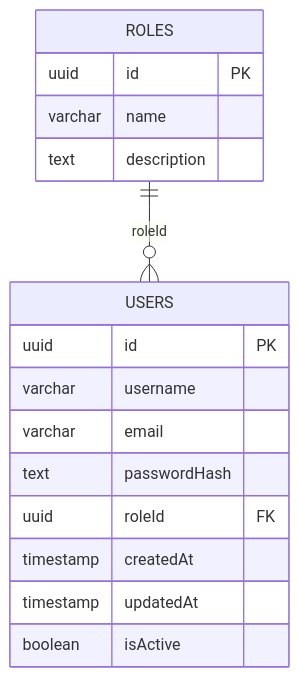
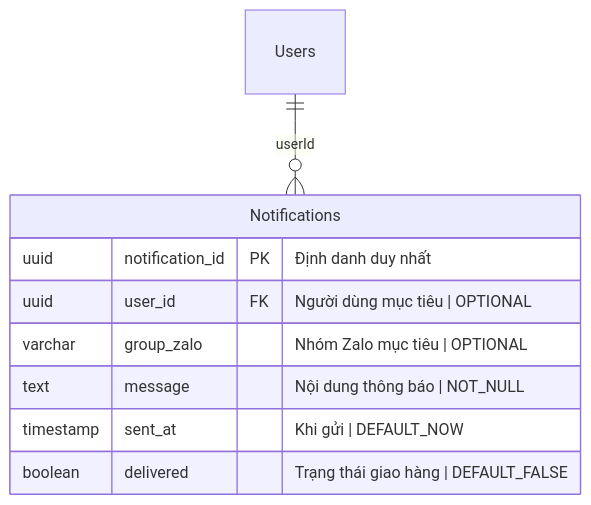
The eighth of 12 diagrams in sources/storage/business-analysis/membership-hub/requirements.md (hainguyen81/enterprise-it-ai), drawn with Mermaid before and after one commit. The commit also changed other lines of this file and 5 other files, not shown here.

````diff
--- a/sources/storage/business-analysis/membership-hub/requirements.md
+++ b/sources/storage/business-analysis/membership-hub/requirements.md
@@ -165,19 +492,12 @@
 ```mermaid
 erDiagram
-    ROLES ||--o{ USERS : "roleId"
-    ROLES {
-        uuid id PK
-        varchar name
-        text description
+    Notifications {
+        uuid notification_id PK "Định danh duy nhất"
+        uuid user_id FK "Người dùng mục tiêu | OPTIONAL"
+        varchar group_zalo "Nhóm Zalo mục tiêu | OPTIONAL"
+        text message "Nội dung thông báo | NOT_NULL"
+        timestamp sent_at "Khi gửi | DEFAULT_NOW"
+        boolean delivered "Trạng thái giao hàng | DEFAULT_FALSE"
     }
-    USERS {
-        uuid id PK
-        varchar username
-        varchar email
-        text passwordHash
-        uuid roleId FK
-        timestamp createdAt
-        timestamp updatedAt
-        boolean isActive
-    }
+    Users ||--o{ Notifications : "userId"
 ```
````
